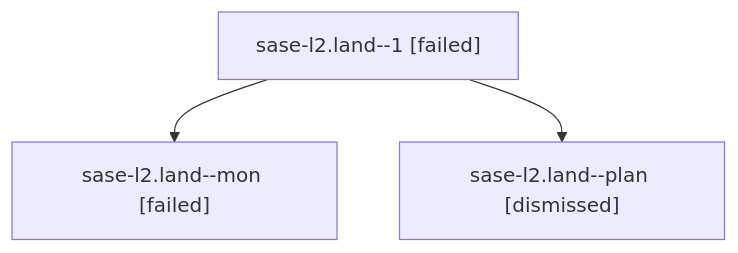
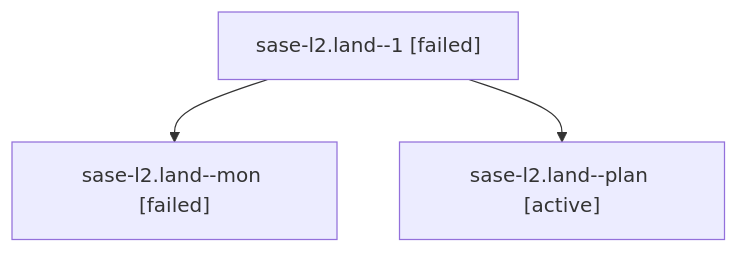
The diagram in families/bbugyi200.athena.sase-l2.land.md (sase-org/sase--agents), drawn with Mermaid before and after one commit. The commit also changed other lines of this file and 35830 other files, not shown here.

````diff
--- a/families/bbugyi200.athena.sase-l2.land.md
+++ b/families/bbugyi200.athena.sase-l2.land.md
@@ -9,8 +9,8 @@
 ```mermaid
 flowchart TD
   n0["sase-l2.land--1 [failed]"]
   n1["sase-l2.land--mon [failed]"]
   n0 --> n1
-  n2["sase-l2.land--plan [dismissed]"]
+  n2["sase-l2.land--plan [active]"]
   n0 --> n2
 ```
````
